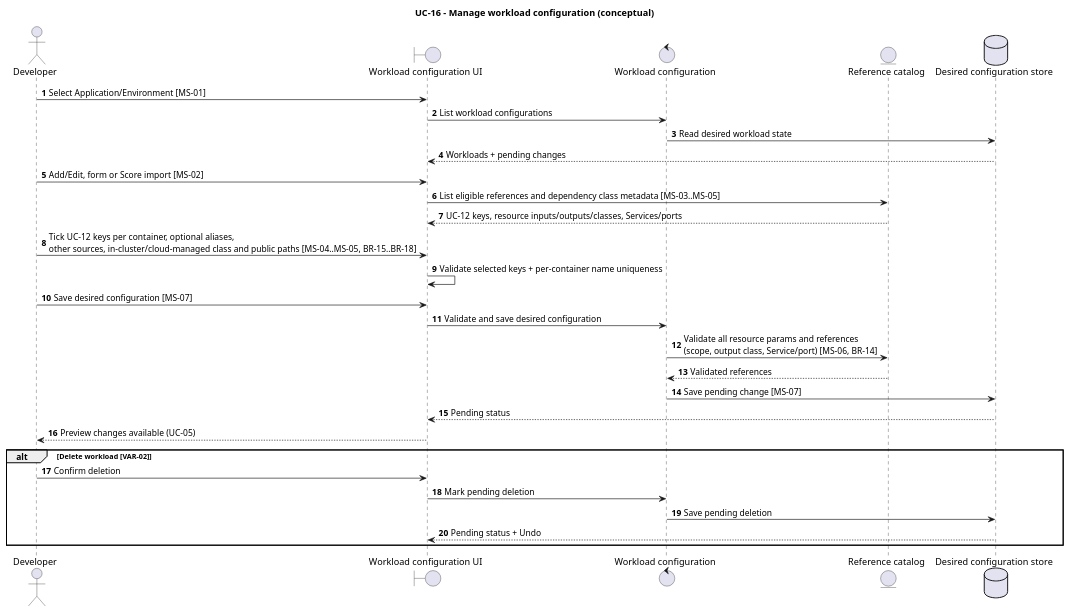
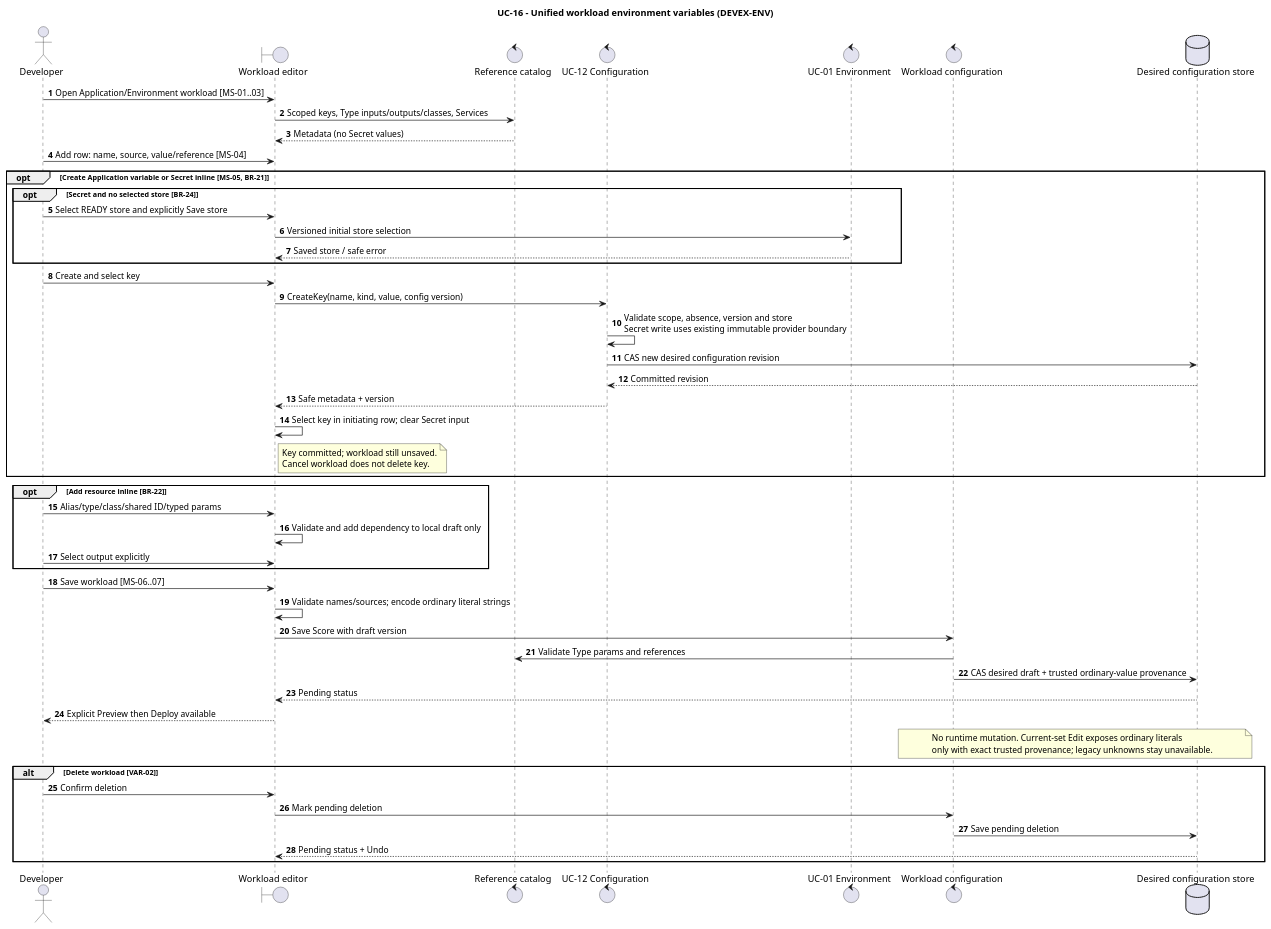
Before and after one commit to pr3s3nt/poc: the diagram in orchestrator_docs/usecase/UC-16/sequence.puml, drawn with PlantUML. The commit also changed 29 other files, not shown here.

Commit message:
docs(devex): specify unified workload environment editor and implementation handoff

```diff
--- a/orchestrator_docs/usecase/UC-16/sequence.puml
+++ b/orchestrator_docs/usecase/UC-16/sequence.puml
@@ -1,33 +1,56 @@
 @startuml
-title UC-16 - Manage workload configuration (conceptual)
+title UC-16 - Unified workload environment variables (DEVEX-ENV)
 autonumber
 actor Developer as Dev
-boundary "Workload configuration UI" as UI
+boundary "Workload editor" as UI
+control "Reference catalog" as Catalog
+control "UC-12 Configuration" as Keys
+control "UC-01 Environment" as Env
 control "Workload configuration" as Config
-entity "Reference catalog" as Catalog
 database "Desired configuration store" as Store
 
-Dev -> UI: Select Application/Environment [MS-01]
-UI -> Config: List workload configurations
-Config -> Store: Read desired workload state
-Store --> UI: Workloads + pending changes
-Dev -> UI: Add/Edit, form or Score import [MS-02]
-UI -> Catalog: List eligible references and dependency class metadata [MS-03..MS-05]
-Catalog --> UI: UC-12 keys, resource inputs/outputs/classes, Services/ports
-Dev -> UI: Tick UC-12 keys per container, optional aliases,\nother sources, in-cluster/cloud-managed class and public paths [MS-04..MS-05, BR-15..BR-18]
-UI -> UI: Validate selected keys + per-container name uniqueness
-Dev -> UI: Save desired configuration [MS-07]
-UI -> Config: Validate and save desired configuration
-Config -> Catalog: Validate all resource params and references\n(scope, output class, Service/port) [MS-06, BR-14]
-Catalog --> Config: Validated references
-Config -> Store: Save pending change [MS-07]
+Dev -> UI: Open Application/Environment workload [MS-01..03]
+UI -> Catalog: Scoped keys, Type inputs/outputs/classes, Services
+Catalog --> UI: Metadata (no Secret values)
+Dev -> UI: Add row: name, source, value/reference [MS-04]
+opt Create Application variable or Secret inline [MS-05, BR-21]
+  opt Secret and no selected store [BR-24]
+    Dev -> UI: Select READY store and explicitly Save store
+    UI -> Env: Versioned initial store selection
+    Env --> UI: Saved store / safe error
+  end
+  Dev -> UI: Create and select key
+  UI -> Keys: CreateKey(name, kind, value, config version)
+  Keys -> Keys: Validate scope, absence, version and store\nSecret write uses existing immutable provider boundary
+  Keys -> Store: CAS new desired configuration revision
+  Store --> Keys: Committed revision
+  Keys --> UI: Safe metadata + version
+  UI -> UI: Select key in initiating row; clear Secret input
+  note right of UI
+    Key committed; workload still unsaved.
+    Cancel workload does not delete key.
+  end note
+end
+opt Add resource inline [BR-22]
+  Dev -> UI: Alias/type/class/shared ID/typed params
+  UI -> UI: Validate and add dependency to local draft only
+  Dev -> UI: Select output explicitly
+end
+Dev -> UI: Save workload [MS-06..07]
+UI -> UI: Validate names/sources; encode ordinary literal strings
+UI -> Config: Save Score with draft version
+Config -> Catalog: Validate Type params and references
+Config -> Store: CAS desired draft + trusted ordinary-value provenance
 Store --> UI: Pending status
-UI --> Dev: Preview changes available (UC-05)
-
+UI --> Dev: Explicit Preview then Deploy available
+note over Config,Store
+  No runtime mutation. Current-set Edit exposes ordinary literals
+  only with exact trusted provenance; legacy unknowns stay unavailable.
+end note
 alt Delete workload [VAR-02]
   Dev -> UI: Confirm deletion
   UI -> Config: Mark pending deletion
   Config -> Store: Save pending deletion
   Store --> UI: Pending status + Undo
 end
 @enduml
```
